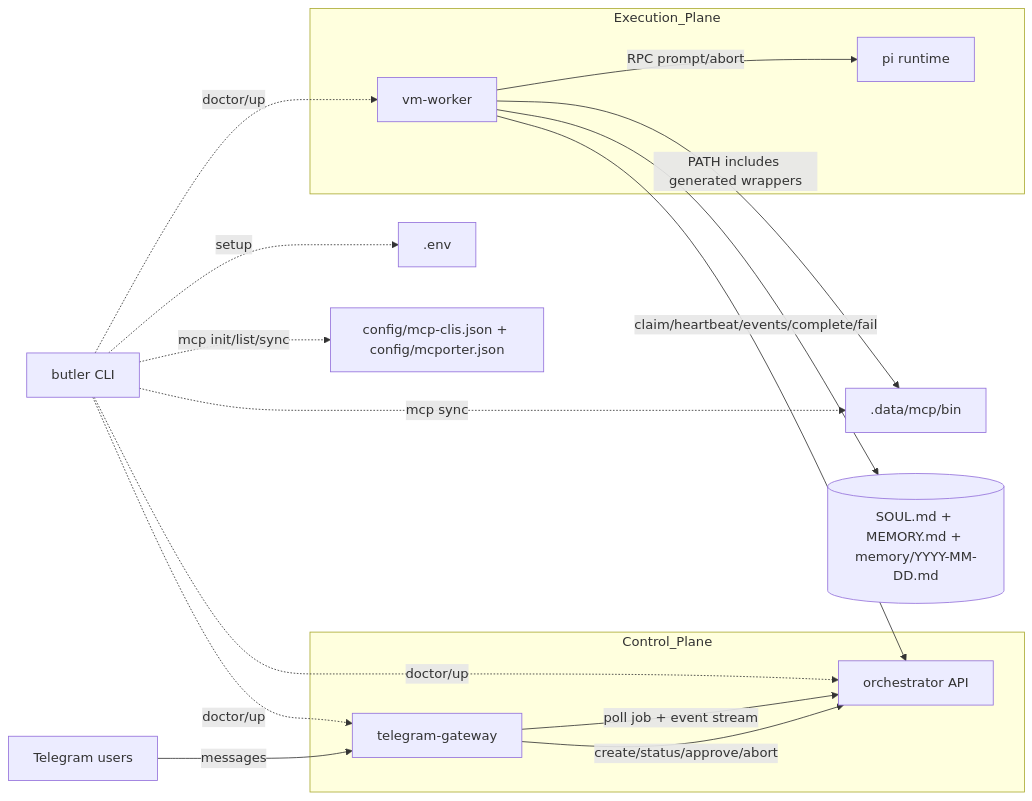
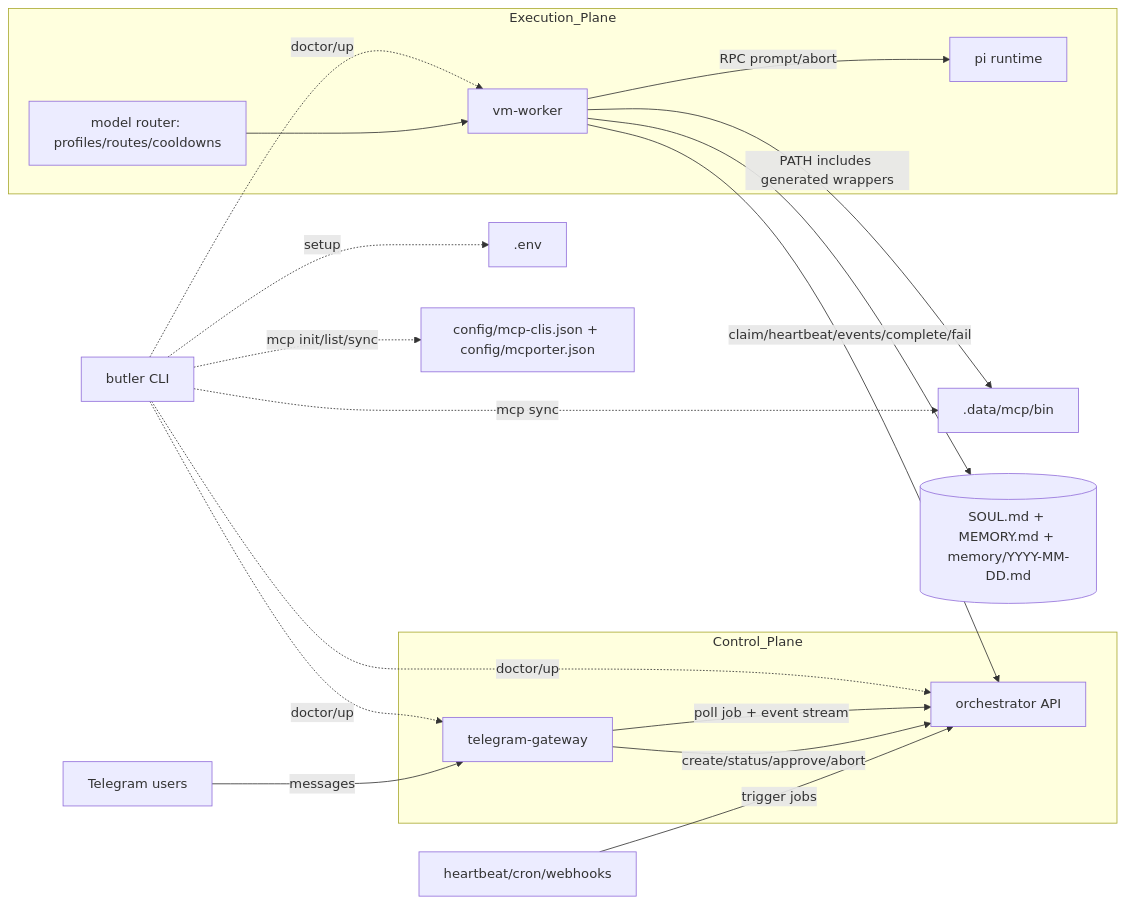
One commit to acrucetta/butler changed the first of 6 diagrams in docs/ARCHITECTURE.md. Above: the diagram before and after it, drawn with Mermaid. The commit also changed other lines of this file and 14 other files, not shown here.

````diff
--- a/docs/ARCHITECTURE.md
+++ b/docs/ARCHITECTURE.md
@@ -14,24 +14,27 @@
 ```mermaid
 flowchart LR
     TG[Telegram users] -->|messages| GW[telegram-gateway]
+    AUTO[heartbeat/cron/webhooks] -->|trigger jobs| ORCH
 
     subgraph Control_Plane
       GW -->|create/status/approve/abort| ORCH[orchestrator API]
       GW -->|poll job + event stream| ORCH
     end
 
     subgraph Execution_Plane
+      ROUTER[model router: profiles/routes/cooldowns]
+      ROUTER --> WORKER[vm-worker]
       WORKER[vm-worker] -->|RPC prompt/abort| PI[pi runtime]
     end
 
     WORKER -->|claim/heartbeat/events/complete/fail| ORCH
     WORKER -->|PATH includes generated wrappers| MCPBIN[.data/mcp/bin]
     WORKER --> PMEM[(SOUL.md + MEMORY.md + memory/YYYY-MM-DD.md)]
 
     CLI[butler CLI] -. setup .-> ENV[.env]
     CLI -. doctor/up .-> GW
     CLI -. doctor/up .-> ORCH
     CLI -. doctor/up .-> WORKER
     CLI -. mcp init/list/sync .-> MCPCFG[config/mcp-clis.json + config/mcporter.json]
     CLI -. mcp sync .-> MCPBIN
 ```
````
